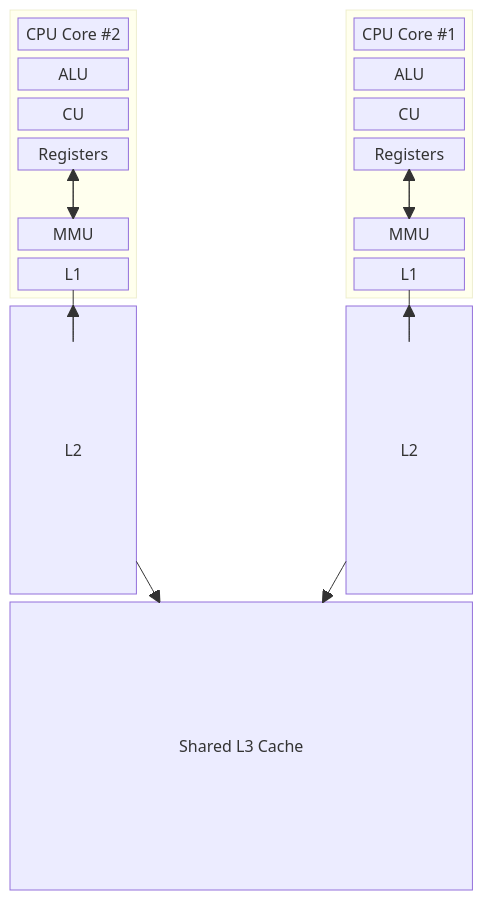
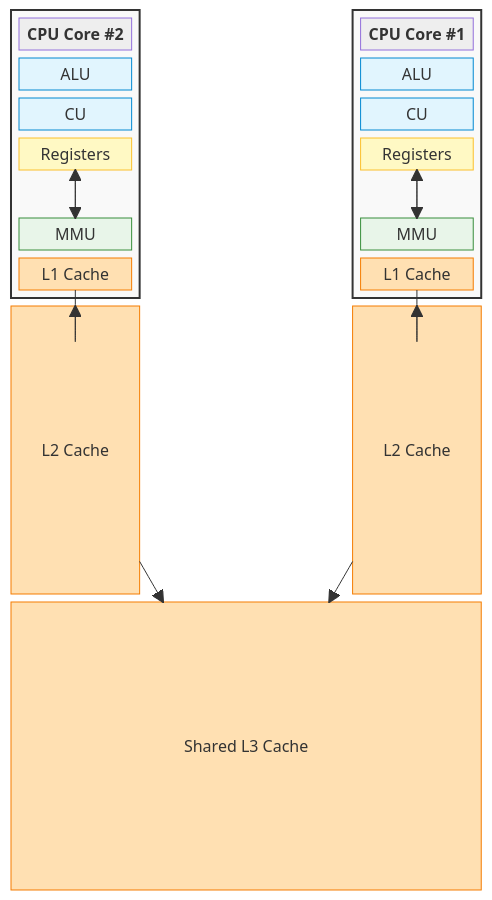
One commit to Matheus-de-Mello-Vieira/backend-knowledge changed the diagram in Operating Systems/01 Why an OS?/System Architecture Overview.md. Above: the diagram before and after it, drawn with Mermaid. The commit also changed other lines of this file and 3 other files, not shown here.

````diff
--- a/Operating Systems/01 Why an OS?/System Architecture Overview.md
+++ b/Operating Systems/01 Why an OS?/System Architecture Overview.md
@@ -13,97 +20,58 @@
 ```mermaid
 block-beta
-
 columns 7
 
-  
-
 block:core2:2
-
-columns 1
-
-c2title["CPU Core #2"]
-
-c2alu["ALU"]
-
-c2cu["CU"]
-
-c2reg["Registers"]
-
-space
-
-c2mmu["MMU"]
-
-c2l1["L1"]
-
+  columns 1
+  c2title["CPU Core #2"]
+  c2alu["ALU"]
+  c2cu["CU"]
+  c2reg["Registers"]
+  space
+  c2mmu["MMU"]
+  c2l1["L1 Cache"]
 end
-
-  
 
 space:3
 
-  
-
 block:core1:2
-
-columns 1
-
-c1title["CPU Core #1"]
-
-c1alu["ALU"]
-
-c1cu["CU"]
-
-c1reg["Registers"]
-
-space
-
-c1mmu["MMU"]
-
-c1l1["L1"]
-
+  columns 1
+  c1title["CPU Core #1"]
+  c1alu["ALU"]
+  c1cu["CU"]
+  c1reg["Registers"]
+  space
+  c1mmu["MMU"]
+  c1l1["L1 Cache"]
 end
 
-  
-
-c2l2["L2"]:2
-
+c2l2["L2 Cache"]:2
 space:3
-
-c1l2["L2"]:2
-
-  
+c1l2["L2 Cache"]:2
 
 l3["Shared L3 Cache"]:7
 
-  
-
 c2reg --> c2mmu
-
 c2mmu --> c2reg
-
 c1reg --> c1mmu
-
 c1mmu --> c1reg
 
-  
-
 c2l1 --> c2l2
-
 c1l1 --> c1l2
-
 c2l2 --> l3
-
 c1l2 --> l3  
 
+classDef core fill:#f9f9f9,stroke:#333,stroke-width:2px;
+classDef compute fill:#e1f5fe,stroke:#0288d1;
+classDef register fill:#fff9c4,stroke:#fbc02d;
+classDef mmu fill:#e8f5e9,stroke:#388e3c;
+classDef cache fill:#ffe0b2,stroke:#f57c00;
+classDef title font-weight:bold,fill:#eee;
+
 class core1,core2 core
-
 class c1alu,c1cu,c2alu,c2cu compute
-
 class c1reg,c2reg register
-
 class c1mmu,c2mmu mmu
-
 class c1l1,c2l1,c1l2,c2l2,l3 cache
-
 class c1title,c2title title
 ```
````
